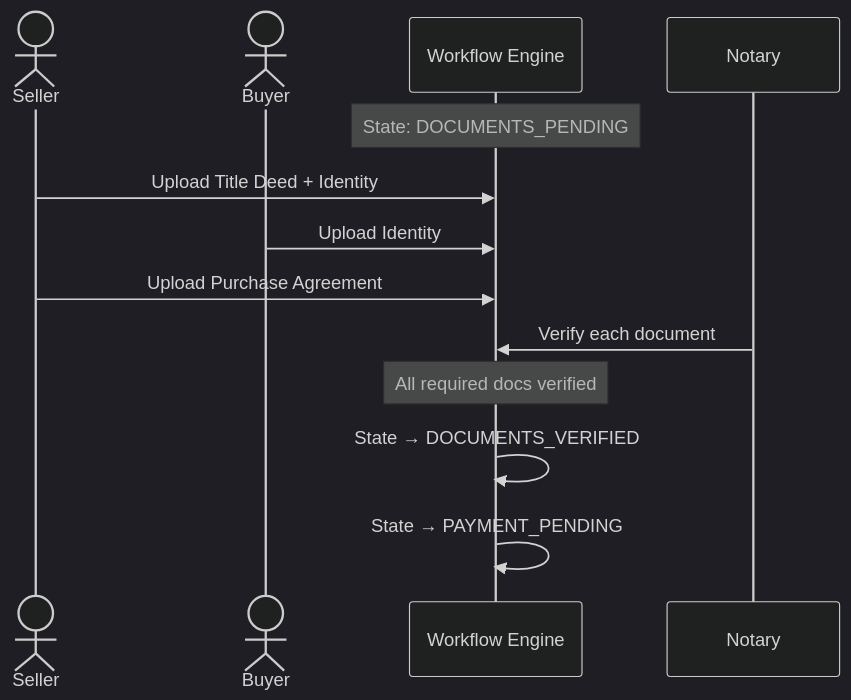
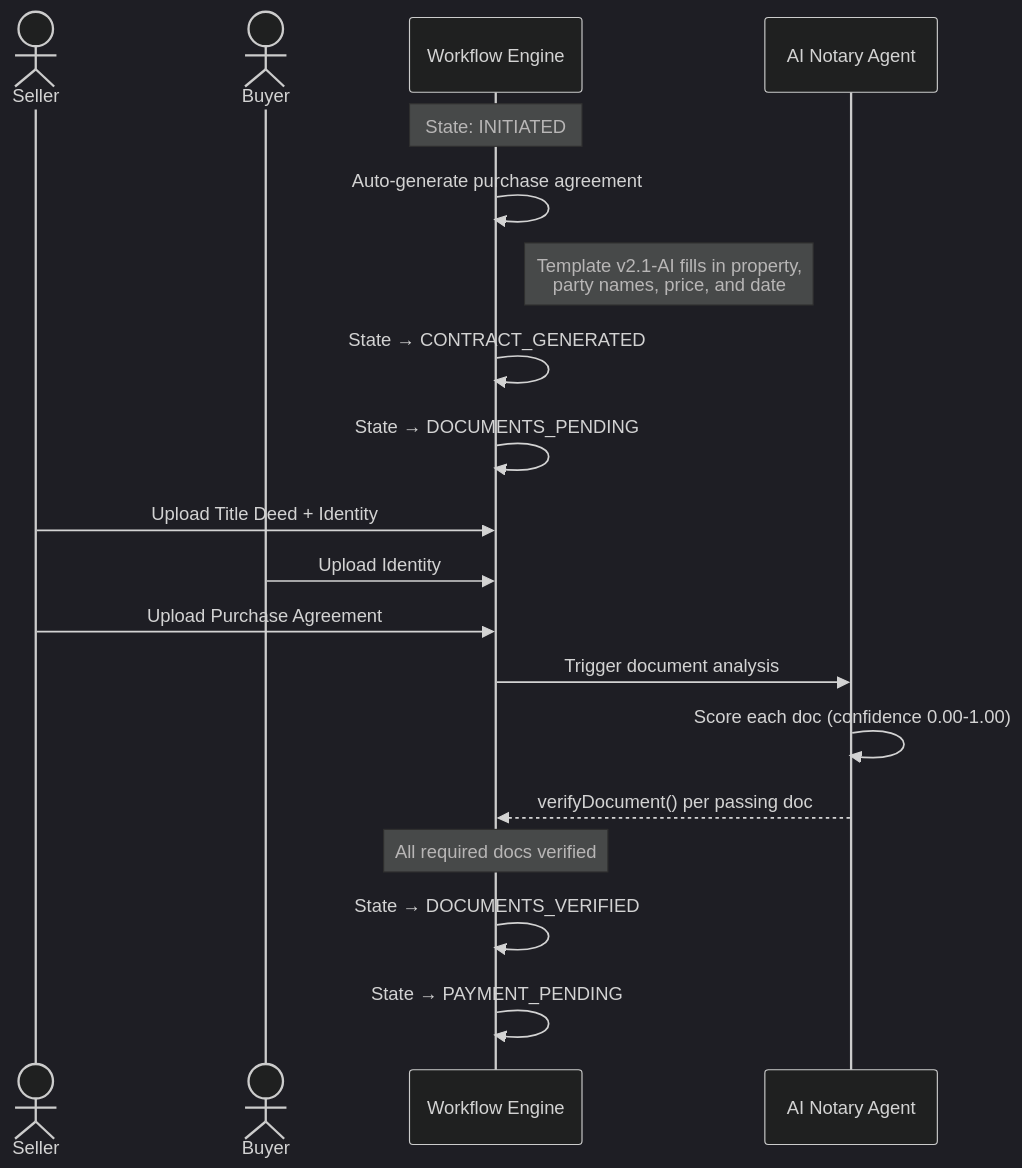
One commit to kanetran29/real-estate-transaction changed the second of 3 diagrams in README.md. Above: the diagram before and after it, drawn with Mermaid (dark theme). The commit also changed other lines of this file and 6 other files, not shown here.

First line of the commit message:
feat: auto contract generation and AI notary agent

````diff
--- a/README.md
+++ b/README.md
@@ -38,19 +38,26 @@
 ```mermaid
 sequenceDiagram
     actor Seller
     actor Buyer
     participant Engine as Workflow Engine
-    participant Notary
+    participant AI as AI Notary Agent
 
-    Note over Engine: State: DOCUMENTS_PENDING
+    Note over Engine: State: INITIATED
+
+    Engine->>Engine: Auto-generate purchase agreement
+    Note right of Engine: Template v2.1-AI fills in property,<br/>party names, price, and date
+    Engine->>Engine: State → CONTRACT_GENERATED
+    Engine->>Engine: State → DOCUMENTS_PENDING
 
     Seller->>Engine: Upload Title Deed + Identity
     Buyer->>Engine: Upload Identity
     Seller->>Engine: Upload Purchase Agreement
 
-    Notary->>Engine: Verify each document
+    Engine->>AI: Trigger document analysis
+    AI->>AI: Score each doc (confidence 0.00-1.00)
+    AI-->>Engine: verifyDocument() per passing doc
 
     Note over Engine: All required docs verified
     Engine->>Engine: State → DOCUMENTS_VERIFIED
     Engine->>Engine: State → PAYMENT_PENDING
 ```
````
